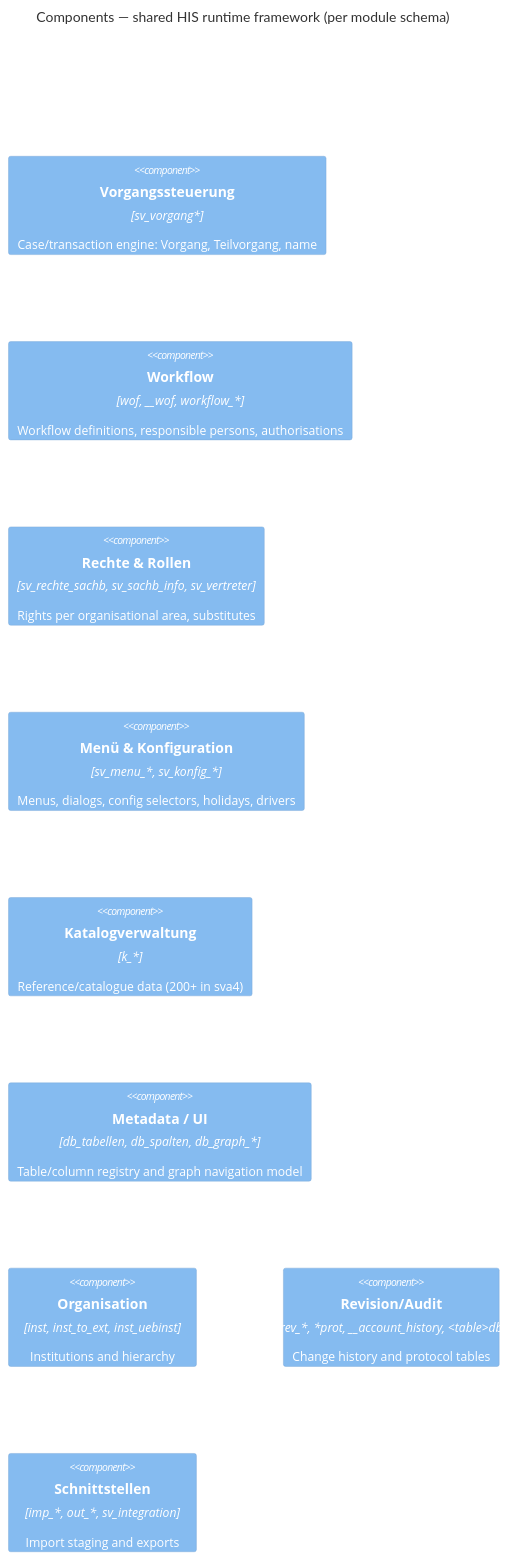
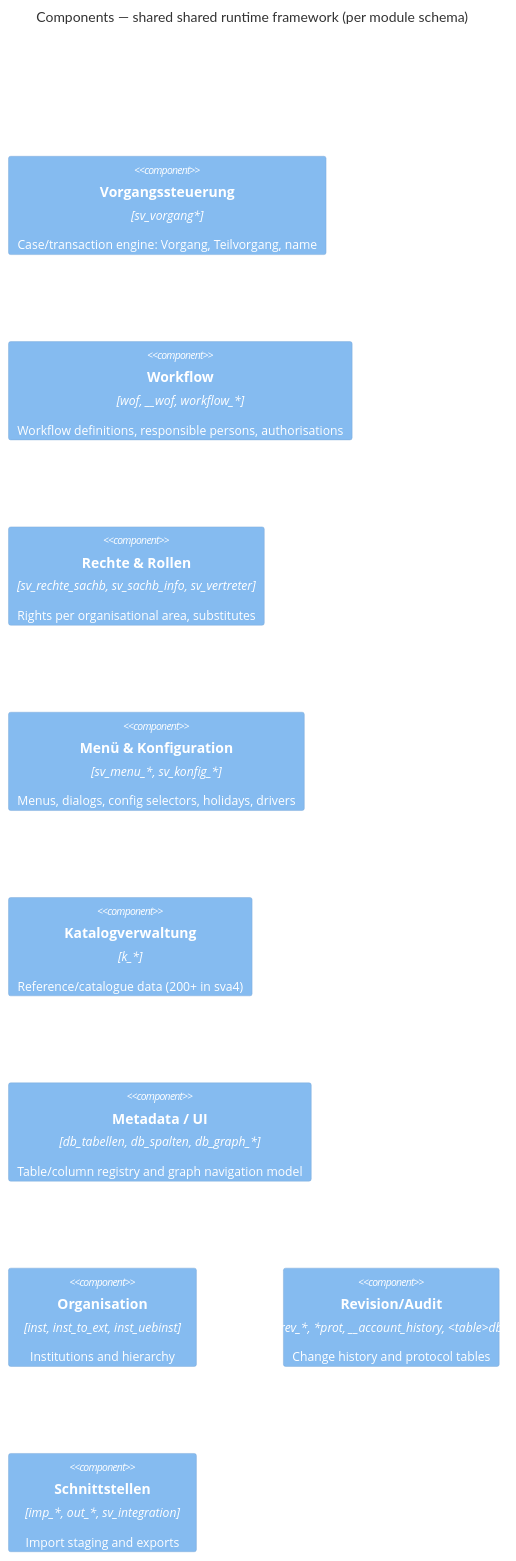
One commit to Maximilian-Maag/campus-erp changed the diagram in docs/c4/03-component.md. Above: the diagram before and after it, drawn with Mermaid. The commit also changed other lines of this file and 58 other files, not shown here.

````diff
--- a/docs/c4/03-component.md
+++ b/docs/c4/03-component.md
@@ -9,14 +9,14 @@
 ```mermaid
 C4Component
-    title Components — shared HIS runtime framework (per module schema)
+    title Components — shared shared runtime framework (per module schema)
 
     Component(vorgang, "Vorgangssteuerung", "sv_vorgang*", "Case/transaction engine: Vorgang, Teilvorgang, name")
     Component(workflow, "Workflow", "wof, __wof, workflow_*", "Workflow definitions, responsible persons, authorisations")
     Component(rechte, "Rechte & Rollen", "sv_rechte_sachb, sv_sachb_info, sv_vertreter", "Rights per organisational area, substitutes")
     Component(menu, "Menü & Konfiguration", "sv_menu_*, sv_konfig_*", "Menus, dialogs, config selectors, holidays, drivers")
     Component(katalog, "Katalogverwaltung", "k_*", "Reference/catalogue data (200+ in sva4)")
     Component(meta, "Metadata / UI", "db_tabellen, db_spalten, db_graph_*", "Table/column registry and graph navigation model")
     Component(org, "Organisation", "inst, inst_to_ext, inst_uebinst", "Institutions and hierarchy")
     Component(audit, "Revision/Audit", "rev_*, *prot, __account_history, <table>db", "Change history and protocol tables")
     Component(integration, "Schnittstellen", "imp_*, out_*, sv_integration", "Import staging and exports")
 ```
````
